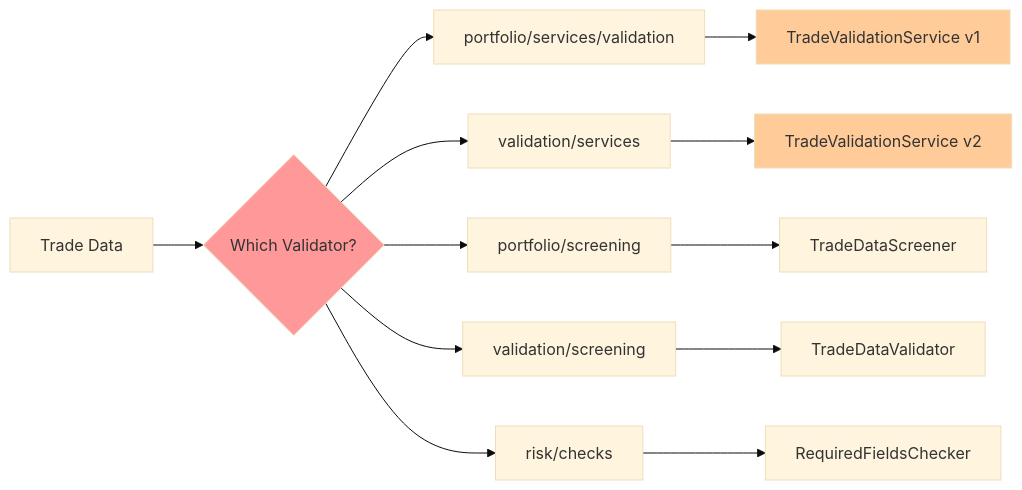
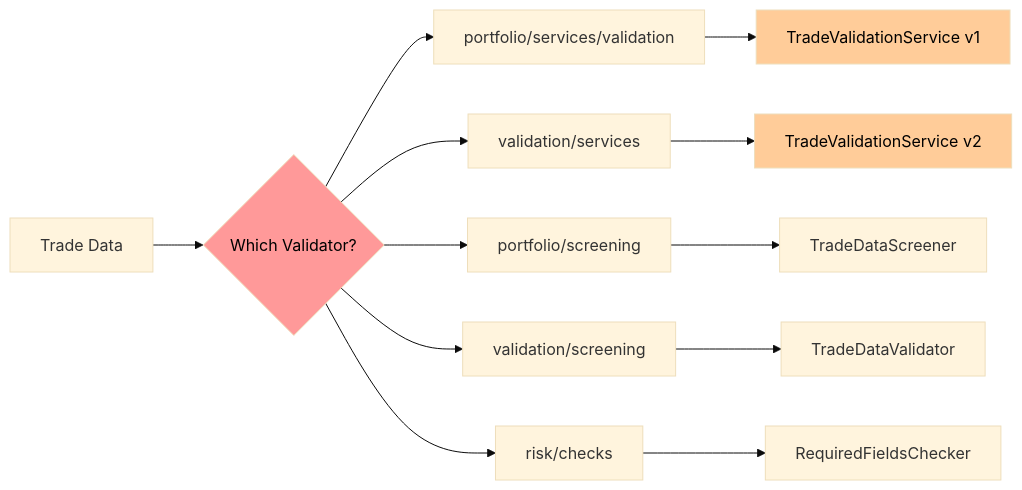
One commit to plataplomo/hummingbot changed diagram 14 of 15 in workflow/business_logic_refactor/04_business_logic_core_look.md. Above: the diagram before and after it, drawn with Mermaid (base theme). The commit also changed other lines of this file and 33 other files, not shown here.

First line of the commit message:
Comprehensive refactor and architectural analysis for CyberDeltaEngine (#65)

````diff
--- a/workflow/business_logic_refactor/04_business_logic_core_look.md
+++ b/workflow/business_logic_refactor/04_business_logic_core_look.md
@@ -363,19 +600,19 @@
 ```mermaid
 graph LR
     A[Trade Data] --> B{Which Validator?}
     B --> C[portfolio/services/validation]
     B --> D[validation/services]
     B --> E[portfolio/screening]
     B --> F[validation/screening]
     B --> G[risk/checks]
     
     C --> H[TradeValidationService v1]
     D --> I[TradeValidationService v2]
     E --> J[TradeDataScreener]
     F --> K[TradeDataValidator]
     G --> L[RequiredFieldsChecker]
     
-    style B fill:#ff9999
-    style H fill:#ffcc99
-    style I fill:#ffcc99
+    style B fill:#ff9999,color:#000
+    style H fill:#ffcc99,color:#000
+    style I fill:#ffcc99,color:#000
 ```
````
